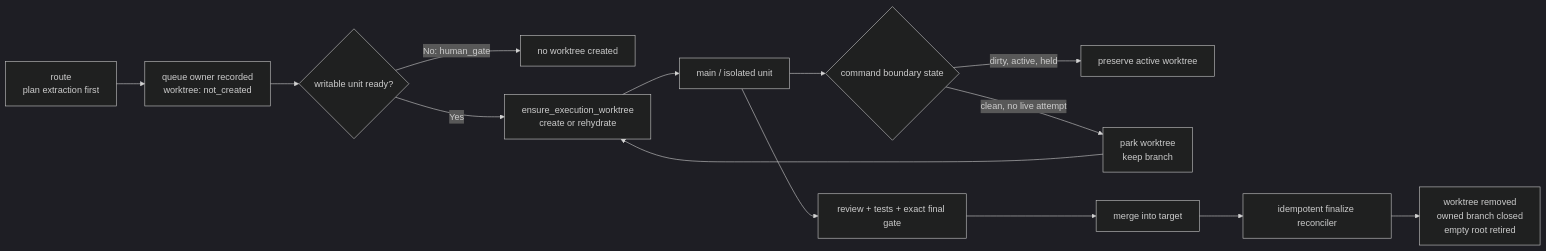
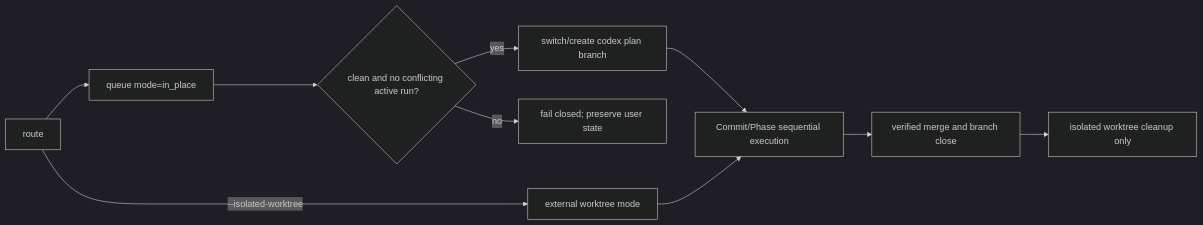
Before and after one commit to everydy/codex-flow: the diagram in docs/plans/codex-flow-worktree-lifecycle/plan.md, drawn with Mermaid (dark theme). The commit also changed other lines of this file and 1 other file, not shown here.

First line of the commit message:
Revise worktree plan for opt-in isolation

````diff
--- a/docs/plans/codex-flow-worktree-lifecycle/plan.md
+++ b/docs/plans/codex-flow-worktree-lifecycle/plan.md
@@ -38,16 +26,12 @@
 ```mermaid
 flowchart LR
-    Route["route<br/>plan extraction first"] --> Queue["queue owner recorded<br/>worktree: not_created"]
-    Queue --> Gate{"writable unit ready?"}
-    Gate -->|No: human_gate| NoTree["no worktree created"]
-    Gate -->|Yes| Ensure["ensure_execution_worktree<br/>create or rehydrate"]
-    Ensure --> Run["main / isolated unit"]
-    Run --> State{"command boundary state"}
-    State -->|dirty, active, held| Preserve["preserve active worktree"]
-    State -->|clean, no live attempt| Park["park worktree<br/>keep branch"]
-    Park --> Ensure
-    Run --> Final["review + tests + exact final gate"]
-    Final --> Merge["merge into target"]
-    Merge --> Reconcile["idempotent finalize reconciler"]
-    Reconcile --> Removed["worktree removed<br/>owned branch closed<br/>empty root retired"]
+    Route["route"] --> Queue["queue mode=in_place"]
+    Queue --> Preflight{"clean and no conflicting active run?"}
+    Preflight -->|yes| Branch["switch/create codex plan branch"]
+    Branch --> Run["Commit/Phase sequential execution"]
+    Run --> Merge["verified merge and branch close"]
+    Preflight -->|no| Stop["fail closed; preserve user state"]
+    Route -->|--isolated-worktree| Isolated["external worktree mode"]
+    Isolated --> Run
+    Merge --> Cleanup["isolated worktree cleanup only"]
 ```
````
